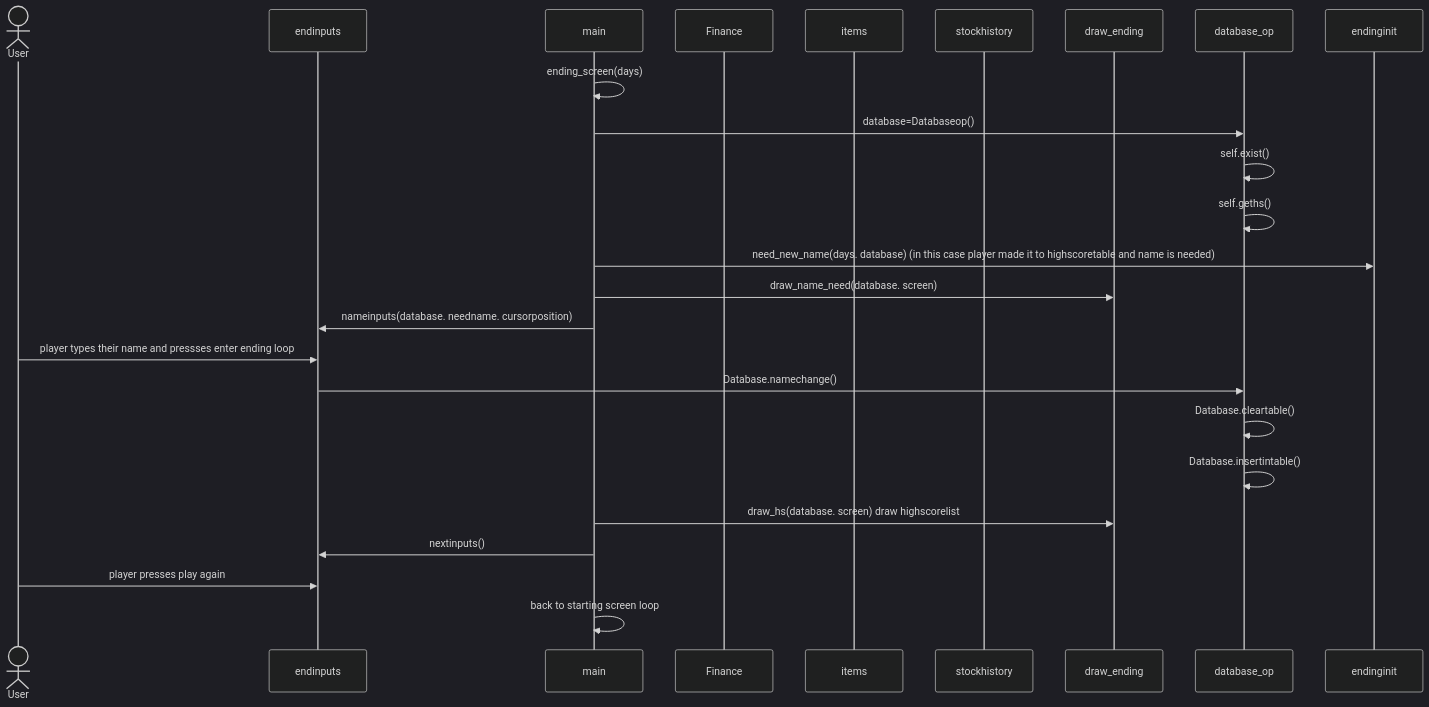
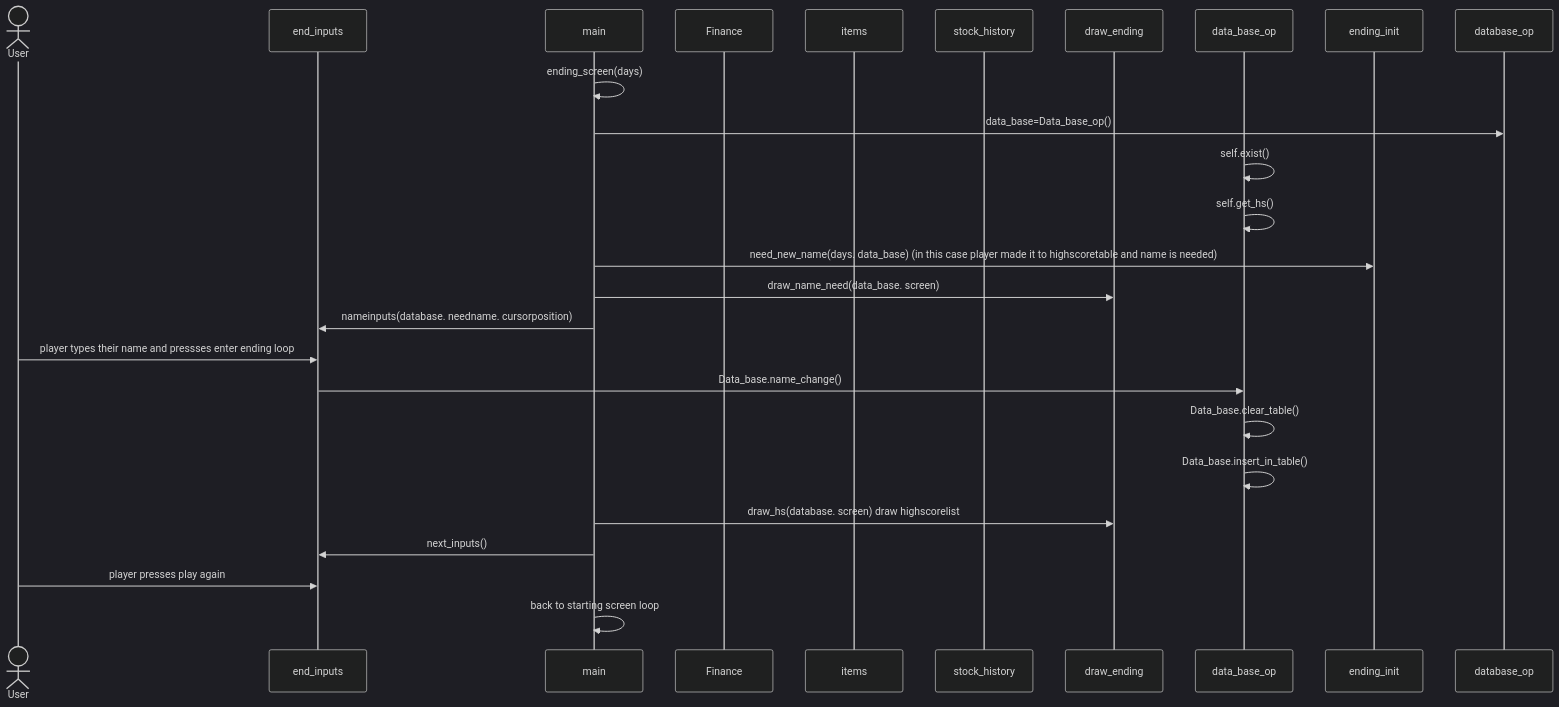
The sixth of 6 diagrams in dokumentaatio/arkkitehtuuri.md (sepaww/ot-harjoitustyo), drawn with Mermaid (dark theme) before and after one commit. The commit also changed other lines of this file, not shown here.

````diff
--- a/dokumentaatio/arkkitehtuuri.md
+++ b/dokumentaatio/arkkitehtuuri.md
@@ -283,27 +287,27 @@
   ```mermaid
 sequenceDiagram
   actor User
-  participant endinputs
+  participant end_inputs
   participant main
   participant Finance
   participant items
-  participant stockhistory
+  participant stock_history
   participant draw_ending
-  participant database_op
-  participant endinginit
+  participant data_base_op
+  participant ending_init
   main->>main: ending_screen(days)
-  main->>database_op: database=Databaseop()
-  database_op->>database_op: self.exist()
-  database_op->>database_op: self.geths()
-  main->>endinginit: need_new_name(days. database) (in this case player made it to highscoretable and name is needed)
-  main->>draw_ending: draw_name_need(database. screen)
-  main->>endinputs: nameinputs(database. needname. cursorposition)
-  User->>endinputs: player types their name and pressses enter ending loop
-  endinputs->>database_op: Database.namechange()
-  database_op->>database_op: Database.cleartable()
-  database_op->>database_op: Database.insertintable()
+  main->>database_op: data_base=Data_base_op()
+  data_base_op->>data_base_op: self.exist()
+  data_base_op->>data_base_op: self.get_hs()
+  main->>ending_init: need_new_name(days. data_base) (in this case player made it to highscoretable and name is needed)
+  main->>draw_ending: draw_name_need(data_base. screen)
+  main->>end_inputs: nameinputs(database. needname. cursorposition)
+  User->>end_inputs: player types their name and pressses enter ending loop
+  end_inputs->>data_base_op: Data_base.name_change()
+  data_base_op->>data_base_op: Data_base.clear_table()
+  data_base_op->>data_base_op: Data_base.insert_in_table()
   main->>draw_ending: draw_hs(database. screen) draw highscorelist
-  main->>endinputs: nextinputs()
-  User->>endinputs: player presses play again
+  main->>end_inputs: next_inputs()
+  User->>end_inputs: player presses play again
   main->>main: back to starting screen loop
 ```
````
